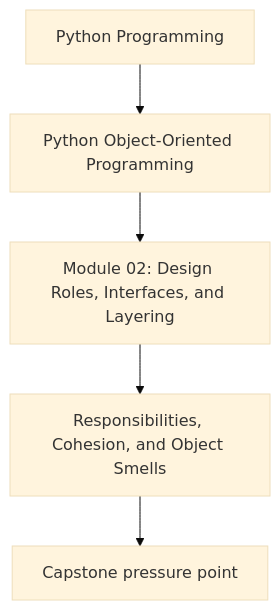
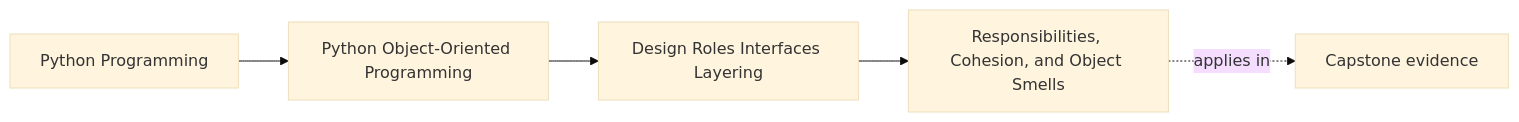
One commit to bijux/bijux-masterclass changed the first of 2 diagrams in programs/python-programming/python-object-oriented-programming/course-book/module-02-design-roles-interfaces-layering/responsibilities-cohesion-and-object-smells.md. Above: the diagram before and after it, drawn with Mermaid (base theme). The commit also changed other lines of this file and 65 other files, not shown here.

Commit message:
docs(python-object-oriented-programming): map object model and design foundations

````diff
--- a/programs/python-programming/python-object-oriented-programming/course-book/module-02-design-roles-interfaces-layering/responsibilities-cohesion-and-object-smells.md
+++ b/programs/python-programming/python-object-oriented-programming/course-book/module-02-design-roles-interfaces-layering/responsibilities-cohesion-and-object-smells.md
@@ -7,7 +7,11 @@
 ```mermaid
-flowchart TD
-  family["Python Programming"] --> program["Python Object-Oriented Programming"]
-  program --> module["Module 02: Design Roles, Interfaces, and Layering"]
-  module --> concept["Responsibilities, Cohesion, and Object Smells"]
-  concept --> capstone["Capstone pressure point"]
+graph LR
+  family["Python Programming"]
+  program["Python Object-Oriented Programming"]
+  section["Design Roles Interfaces Layering"]
+  page["Responsibilities, Cohesion, and Object Smells"]
+  capstone["Capstone evidence"]
+
+  family --> program --> section --> page
+  page -.applies in.-> capstone
 ```
````
